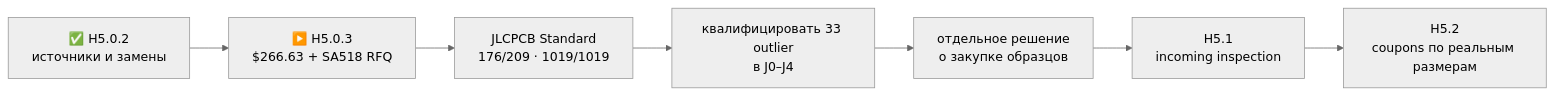
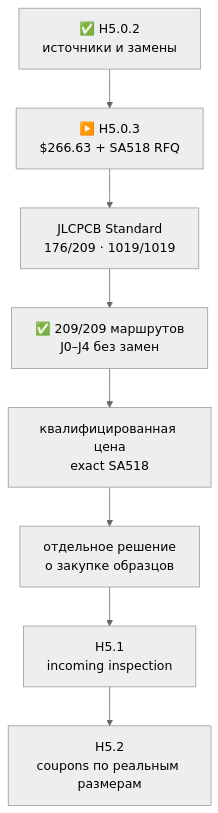
One commit to anton-vinogradov/esp32-leshy2 changed the diagram in docs/component-sample-basket.ru.md. Above: the diagram before and after it, drawn with Mermaid (neutral theme). The commit also changed other lines of this file and 21 other files, not shown here.

````diff
--- a/docs/component-sample-basket.ru.md
+++ b/docs/component-sample-basket.ru.md
@@ -7,9 +7,10 @@
 ```mermaid
-flowchart LR
+flowchart TD
   R["✅ H5.0.2<br/>источники и замены"] --> B["▶️ H5.0.3<br/>$266.63 + SA518 RFQ"]
   B --> P["JLCPCB Standard<br/>176/209 · 1019/1019"]
-  P --> Q["квалифицировать 33 outlier<br/>в J0–J4"]
-  Q --> A["отдельное решение<br/>о закупке образцов"]
+  P --> Q["✅ 209/209 маршрутов<br/>J0–J4 без замен"]
+  Q --> S["квалифицированная цена<br/>exact SA518"]
+  S --> A["отдельное решение<br/>о закупке образцов"]
   A --> H51["H5.1<br/>incoming inspection"]
   H51 --> H52["H5.2<br/>coupons по реальным размерам"]
 ```
````
